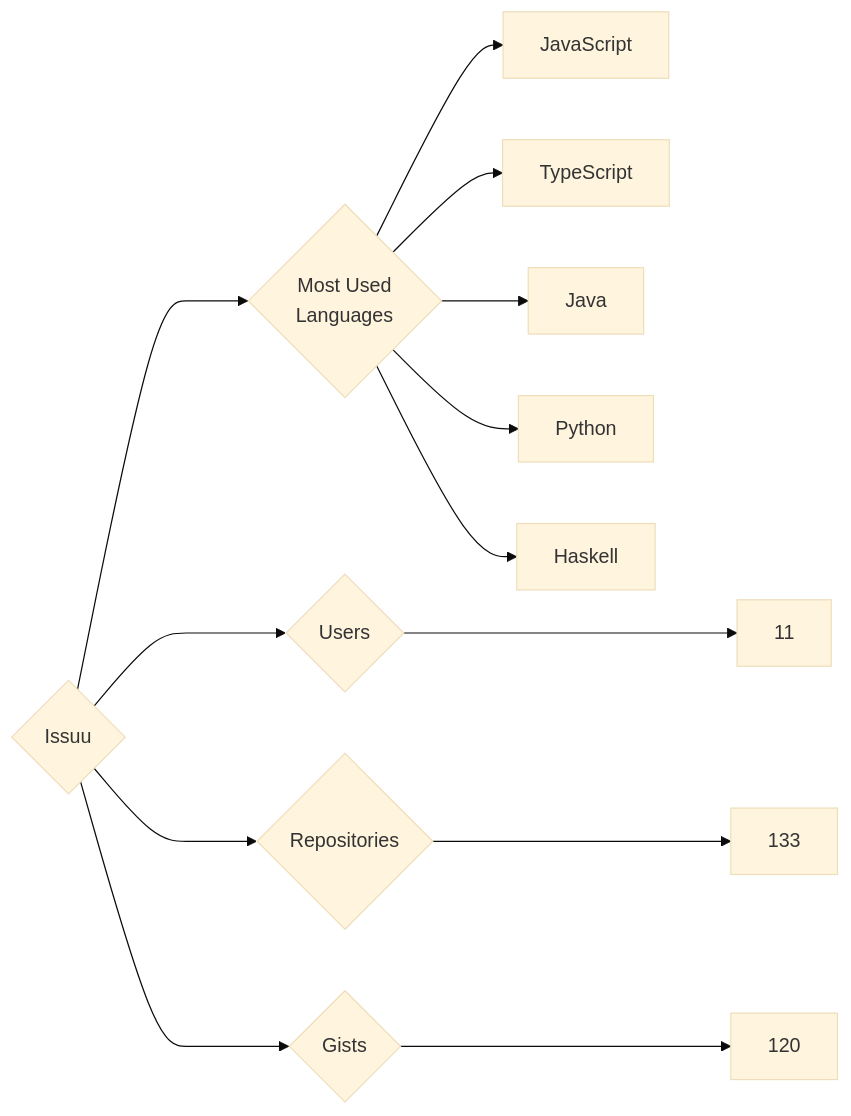
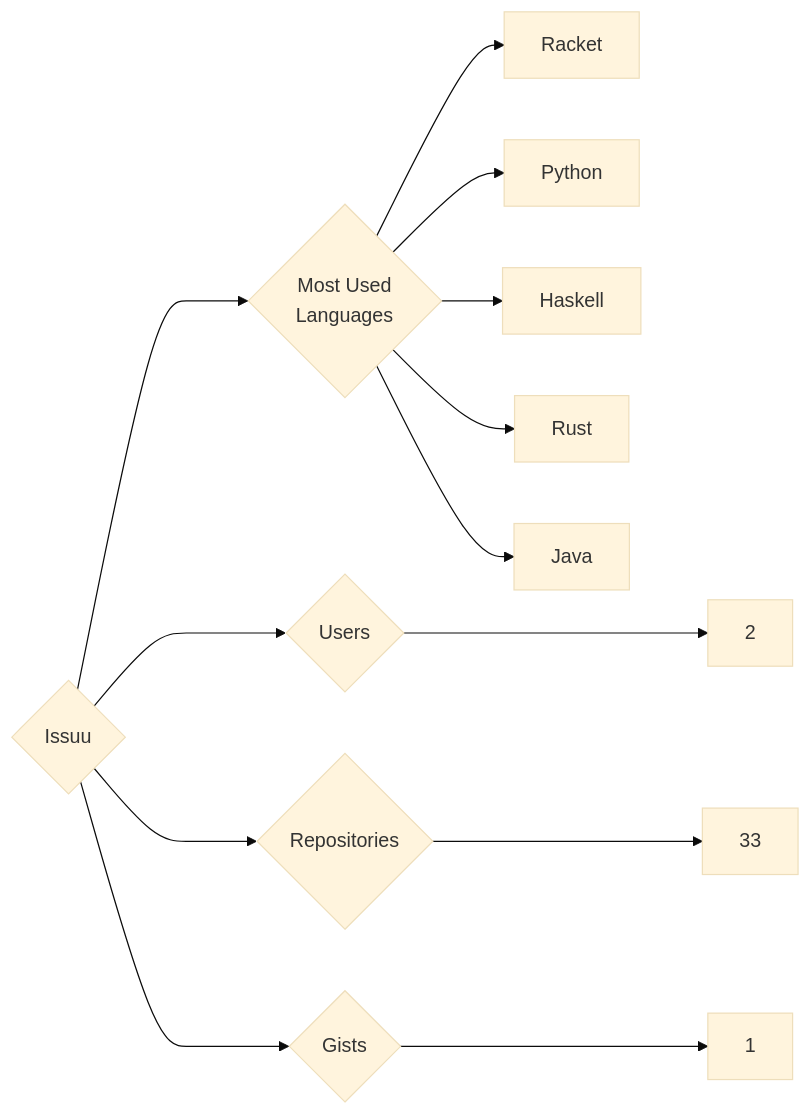
Before and after one commit to trickest/insiders: the diagram in targets/Issuu/README.md, drawn with Mermaid (base theme). The commit also changed 953 other files, not shown here.

````diff
--- a/targets/Issuu/README.md
+++ b/targets/Issuu/README.md
@@ -3,13 +3,13 @@
 ```mermaid
 graph LR
 COMPANY_NAME{Issuu}
-COMPANY_NAME ---> U{Users} ---> UN[11]
-COMPANY_NAME ---> R{Repositories} ---> RN[133]
-COMPANY_NAME ---> G{Gists} ---> GN[120]
+COMPANY_NAME ---> U{Users} ---> UN[2]
+COMPANY_NAME ---> R{Repositories} ---> RN[33]
+COMPANY_NAME ---> G{Gists} ---> GN[1]
 COMPANY_NAME ---> ML{Most Used<br>Languages}
-ML --> JavaScript[JavaScript]
-ML --> TypeScript[TypeScript]
-ML --> Java[Java]
+ML --> Racket[Racket]
 ML --> Python[Python]
 ML --> Haskell[Haskell]
+ML --> Rust[Rust]
+ML --> Java[Java]
 ```
````
